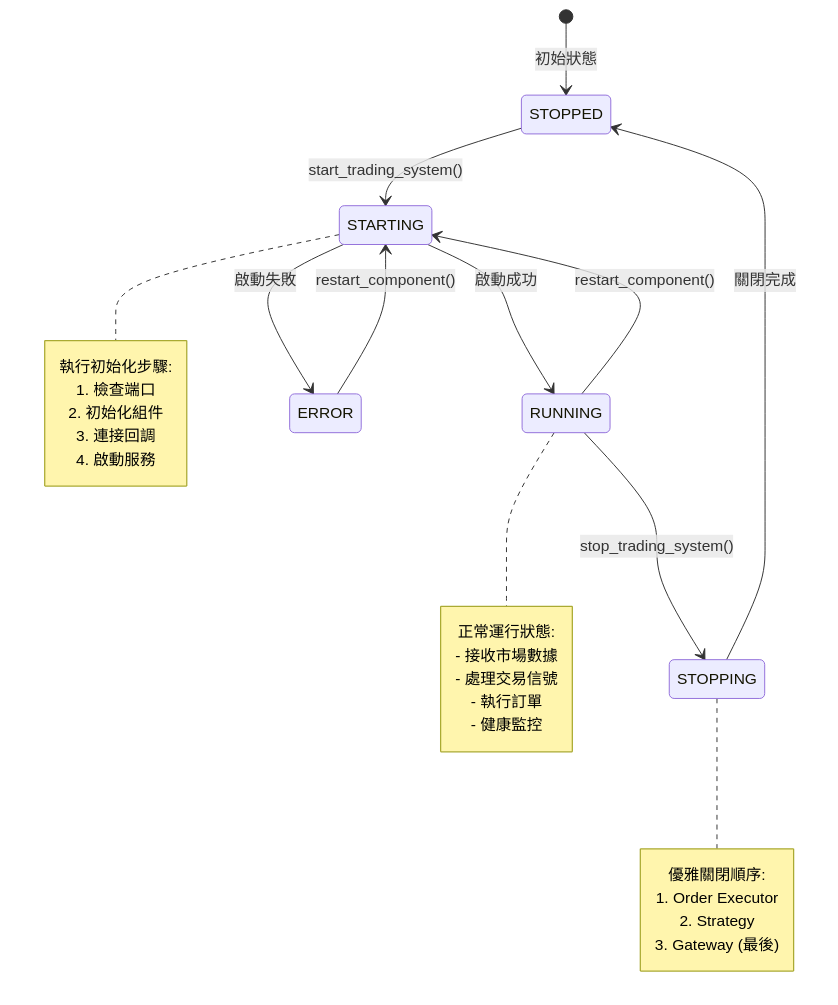
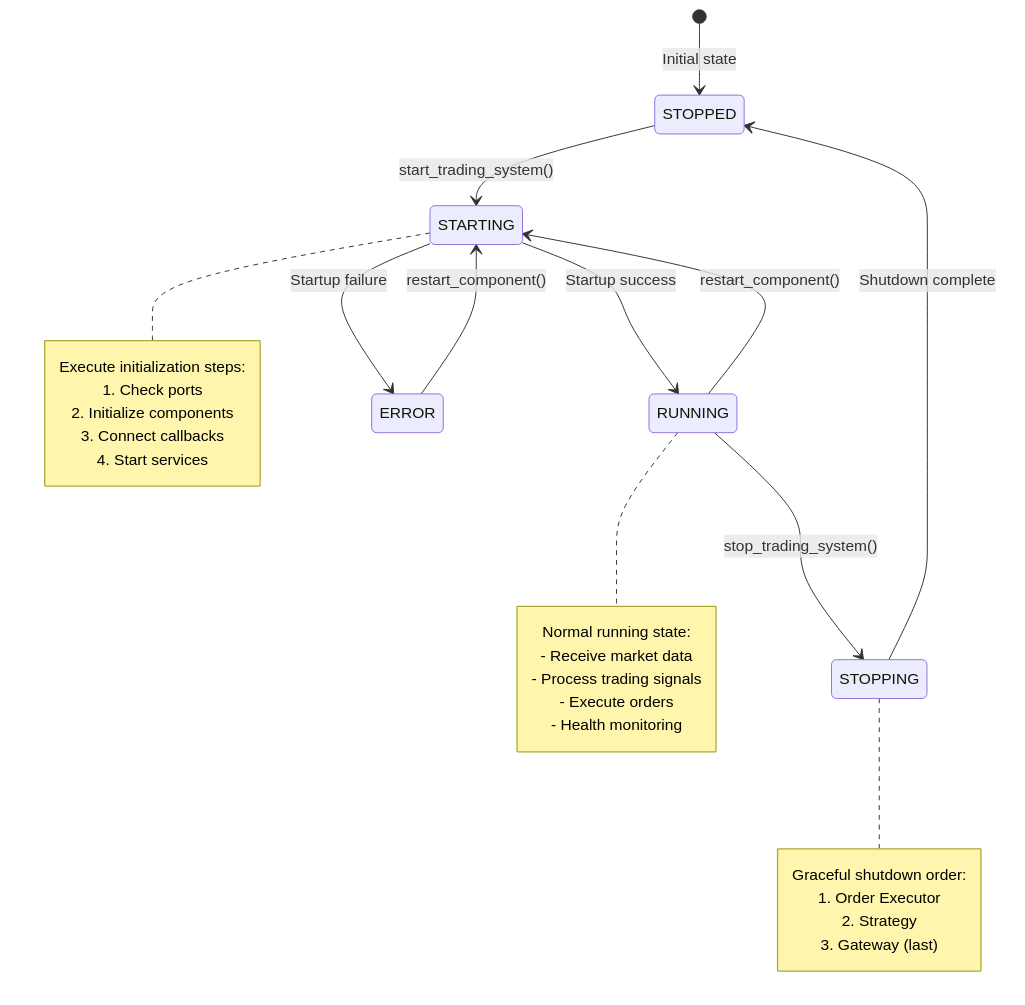
The ninth of 11 diagrams in docs/architecture/DETAILED_FLOW_DIAGRAMS.md (ttpss930141011/auto-futures-trading-machine), drawn with Mermaid before and after one commit. The commit also changed other lines of this file and 6 other files, not shown here.

````diff
--- a/docs/architecture/DETAILED_FLOW_DIAGRAMS.md
+++ b/docs/architecture/DETAILED_FLOW_DIAGRAMS.md
@@ -345,37 +345,37 @@
 ```mermaid
 stateDiagram-v2
-    [*] --> STOPPED: 初始狀態
+    [*] --> STOPPED: Initial state
     
     STOPPED --> STARTING: start_trading_system()
-    STARTING --> RUNNING: 啟動成功
-    STARTING --> ERROR: 啟動失敗
+    STARTING --> RUNNING: Startup success
+    STARTING --> ERROR: Startup failure
     
     RUNNING --> STOPPING: stop_trading_system()
-    STOPPING --> STOPPED: 關閉完成
+    STOPPING --> STOPPED: Shutdown complete
     
     ERROR --> STARTING: restart_component()
     RUNNING --> STARTING: restart_component()
     
     note right of STARTING
-        執行初始化步驟:
-        1. 檢查端口
-        2. 初始化組件
-        3. 連接回調
-        4. 啟動服務
+        Execute initialization steps:
+        1. Check ports
+        2. Initialize components
+        3. Connect callbacks
+        4. Start services
     end note
     
     note right of RUNNING
-        正常運行狀態:
-        - 接收市場數據
-        - 處理交易信號
-        - 執行訂單
-        - 健康監控
+        Normal running state:
+        - Receive market data
+        - Process trading signals
+        - Execute orders
+        - Health monitoring
     end note
     
     note right of STOPPING
-        優雅關閉順序:
+        Graceful shutdown order:
         1. Order Executor
         2. Strategy
-        3. Gateway (最後)
+        3. Gateway (last)
     end note
 ```
````
